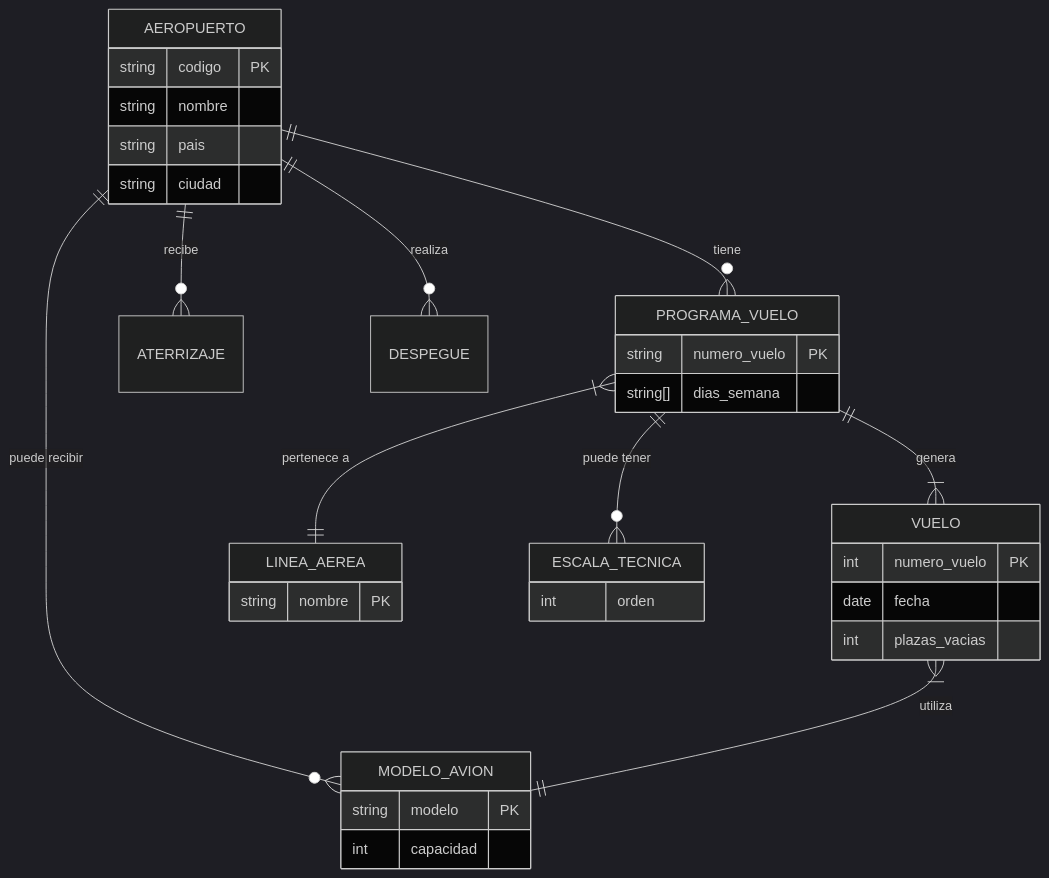
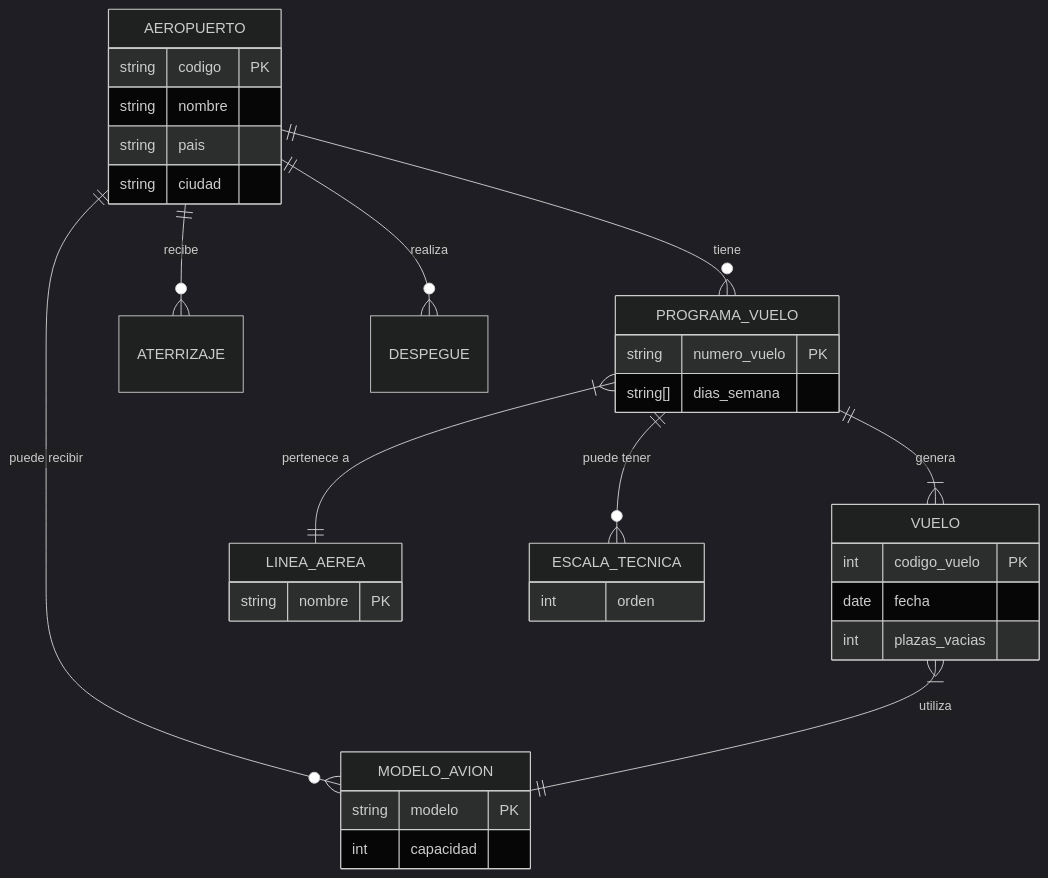
One commit to Joannesjmr-dev/Joannesjmr-dev.github.io changed the diagram in diagrama-er-vuelos.md. Above: the diagram before and after it, drawn with Mermaid (dark theme).

Commit message:
Update diagrama-er-vuelos.md
Se modifico el campo int codigo_vuelo PK

````diff
--- a/diagrama-er-vuelos.md
+++ b/diagrama-er-vuelos.md
@@ -1,43 +1,43 @@
 ```mermaid
 erDiagram
     AEROPUERTO ||--o{ PROGRAMA_VUELO : "tiene"
     AEROPUERTO ||--o{ ATERRIZAJE : "recibe"
     AEROPUERTO ||--o{ DESPEGUE : "realiza"
     AEROPUERTO ||--o{ MODELO_AVION : "puede recibir"
     PROGRAMA_VUELO ||--|{ VUELO : "genera"
     PROGRAMA_VUELO }|--|| LINEA_AEREA : "pertenece a"
     PROGRAMA_VUELO ||--o{ ESCALA_TECNICA : "puede tener"
     VUELO }|--|| MODELO_AVION : "utiliza"
     
     AEROPUERTO {
         string codigo PK
         string nombre
         string pais
         string ciudad
     }
     
     PROGRAMA_VUELO {
         string numero_vuelo PK
         string[] dias_semana
     }
     
     VUELO {
-        int numero_vuelo PK
+        int codigo_vuelo PK
         date fecha
         int plazas_vacias
     }
     
     MODELO_AVION {
         string modelo PK
         int capacidad
     }
     
     LINEA_AEREA {
         string nombre PK
     }
     
     ESCALA_TECNICA {
         int orden
     }
 
 ```
````
